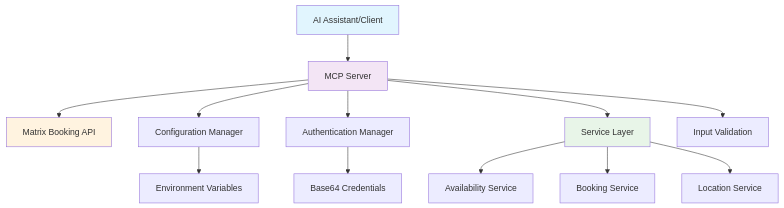
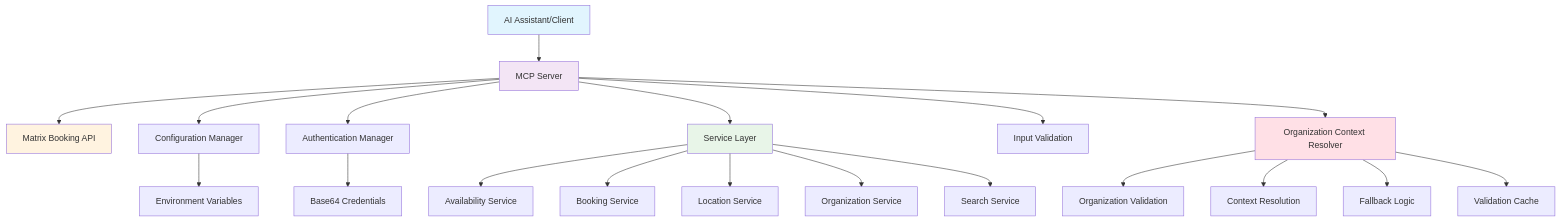
The diagram in README.md (chrisns/matrixbookingmcp), drawn with Mermaid before and after one commit. The commit also changed other lines of this file and 107 other files, not shown here.

````diff
--- a/README.md
+++ b/README.md
@@ -195,22 +208,31 @@
 ```mermaid
 graph TB
     A[AI Assistant/Client] --> B[MCP Server]
     B --> C[Matrix Booking API]
     
     B --> D[Configuration Manager]
     B --> E[Authentication Manager] 
     B --> F[Service Layer]
     B --> G[Input Validation]
+    B --> H[Organization Context Resolver]
     
     F --> F1[Availability Service]
     F --> F2[Booking Service]
     F --> F3[Location Service]
+    F --> F4[Organization Service]
+    F --> F5[Search Service]
     
-    D --> H[Environment Variables]
-    E --> I[Base64 Credentials]
+    H --> H1[Organization Validation]
+    H --> H2[Context Resolution]
+    H --> H3[Fallback Logic]
+    H --> H4[Validation Cache]
+    
+    D --> I[Environment Variables]
+    E --> J[Base64 Credentials]
     
     style A fill:#e1f5fe
     style B fill:#f3e5f5
     style C fill:#fff3e0
     style F fill:#e8f5e8
+    style H fill:#ffe0e6
 ```
````
